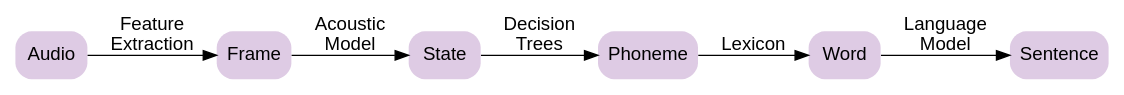
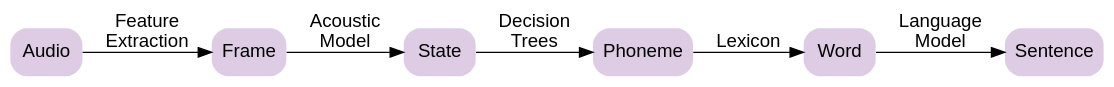
Before and after one commit to tbekolay/audition: the diagram in proposal/figures/recognition.gv, drawn with Graphviz. The commit also changed 1 other file, not shown here.

Commit message:
Recognition figure change

```diff
--- a/proposal/figures/recognition.gv
+++ b/proposal/figures/recognition.gv
@@ -1,13 +1,13 @@
 digraph recognition {
   rankdir=LR
-  graph [fontname="Arial"]
+  graph [fontname="Arial",bgcolor="transparent"]
   node [colorscheme=pastel14, color=4]
   node [shape=rect, style="rounded,filled", penwidth=0]
   node [fontname="Arial"]
   edge [fontname="Arial"]
   Audio -> Frame [label="Feature\nExtraction"]
   Frame  -> State [label="Acoustic\nModel"]
   State -> Phoneme [label="Decision\nTrees"]
   Phoneme -> Word [label="Lexicon"]
   Word -> Sentence [label="Language\nModel"]
 }
```
